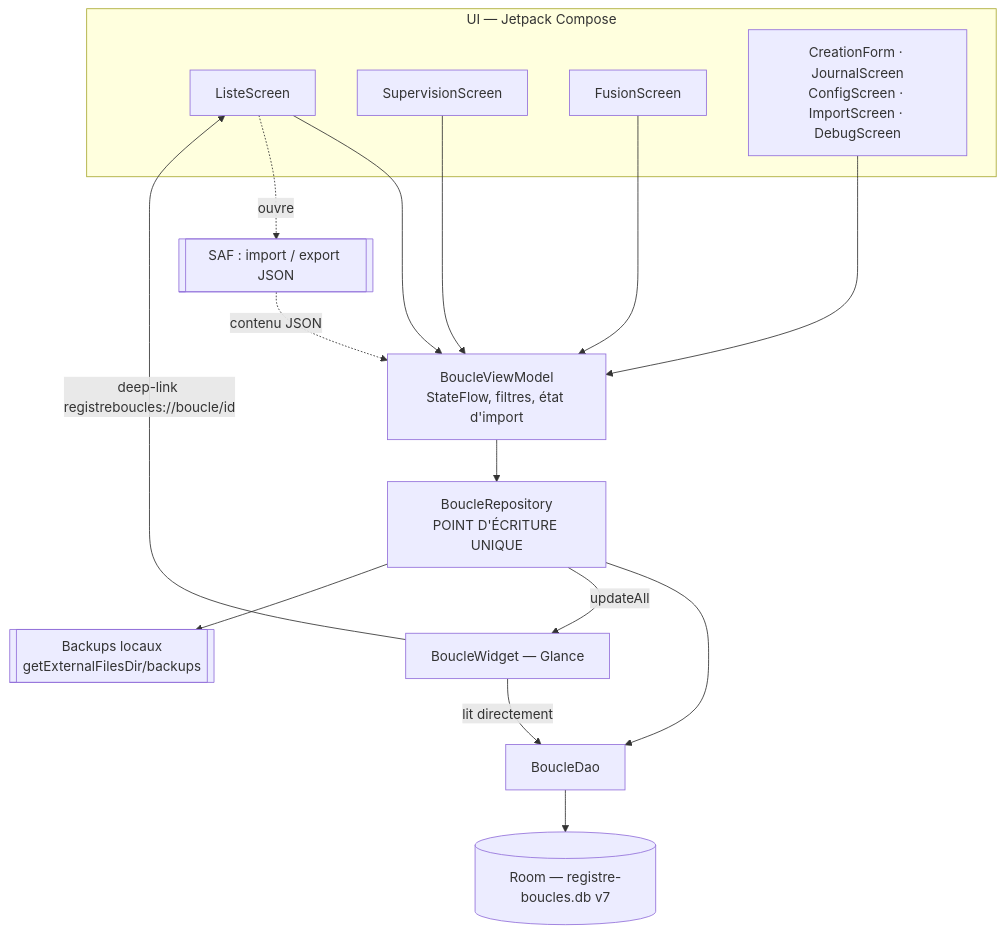
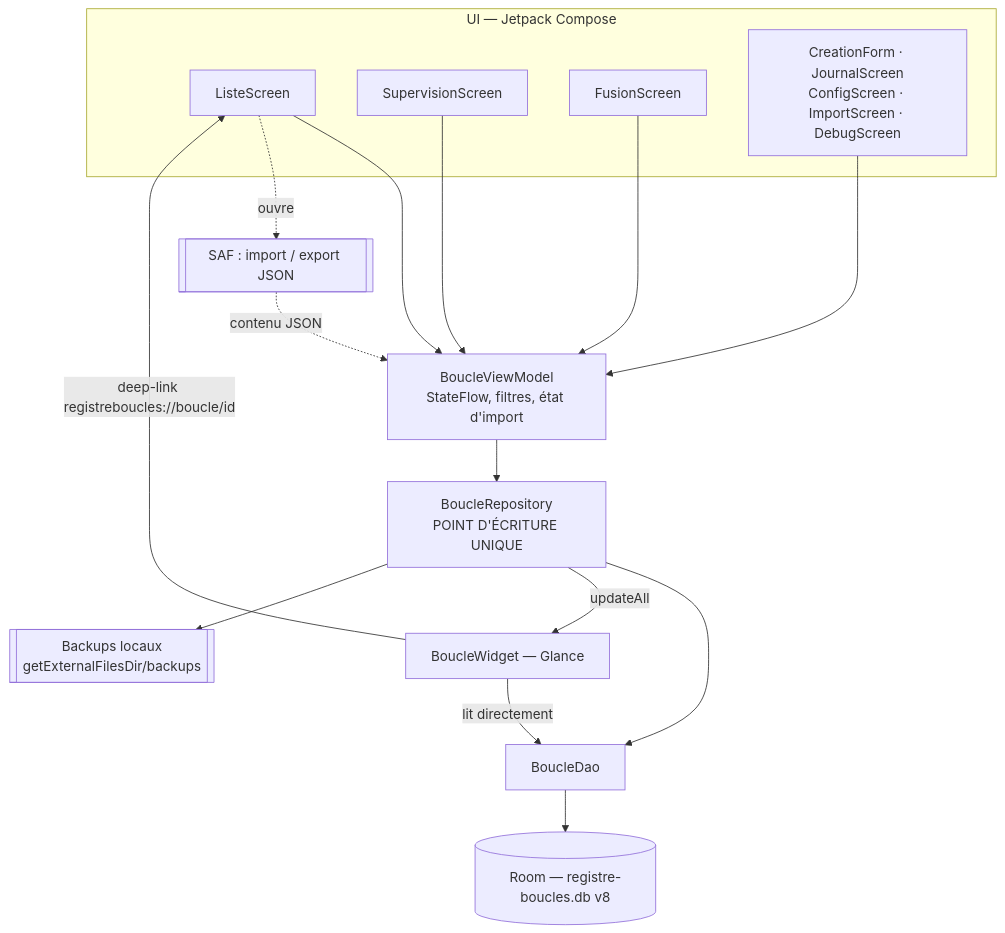
The diagram in docs/explanation/architecture.md (tikazor/registre-boucles-android), drawn with Mermaid before and after one commit. The commit also changed other lines of this file and 6 other files, not shown here.

````diff
--- a/docs/explanation/architecture.md
+++ b/docs/explanation/architecture.md
@@ -19,31 +19,31 @@
 ```mermaid
 flowchart TD
     subgraph UI["UI — Jetpack Compose"]
         L[ListeScreen]
         SUP[SupervisionScreen]
         FUS[FusionScreen]
         AUTRES["CreationForm · JournalScreen<br/>ConfigScreen · ImportScreen · DebugScreen"]
     end
 
     VM[BoucleViewModel<br/>StateFlow, filtres, état d'import]
     REPO[BoucleRepository<br/>POINT D'ÉCRITURE UNIQUE]
     DAO[BoucleDao]
-    DB[(Room — registre-boucles.db v7)]
+    DB[(Room — registre-boucles.db v8)]
 
     W[BoucleWidget — Glance]
     SAF[[SAF : import / export JSON]]
     BK[[Backups locaux<br/>getExternalFilesDir/backups]]
 
     L --> VM
     SUP --> VM
     FUS --> VM
     AUTRES --> VM
     VM --> REPO
     REPO --> DAO --> DB
     REPO -- updateAll --> W
     W -- lit directement --> DAO
     W -- deep-link registreboucles://boucle/id --> L
     REPO --> BK
     L -. ouvre .-> SAF
     SAF -. contenu JSON .-> VM
 ```
````
